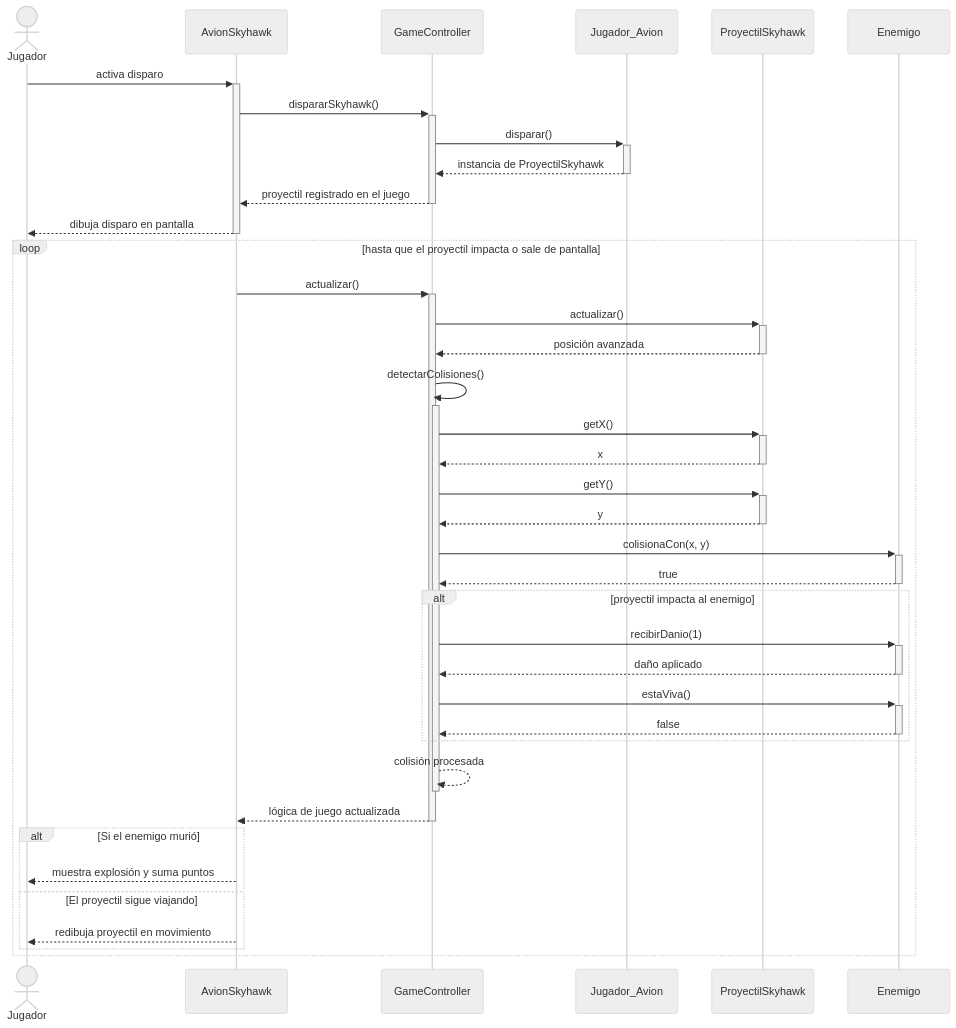
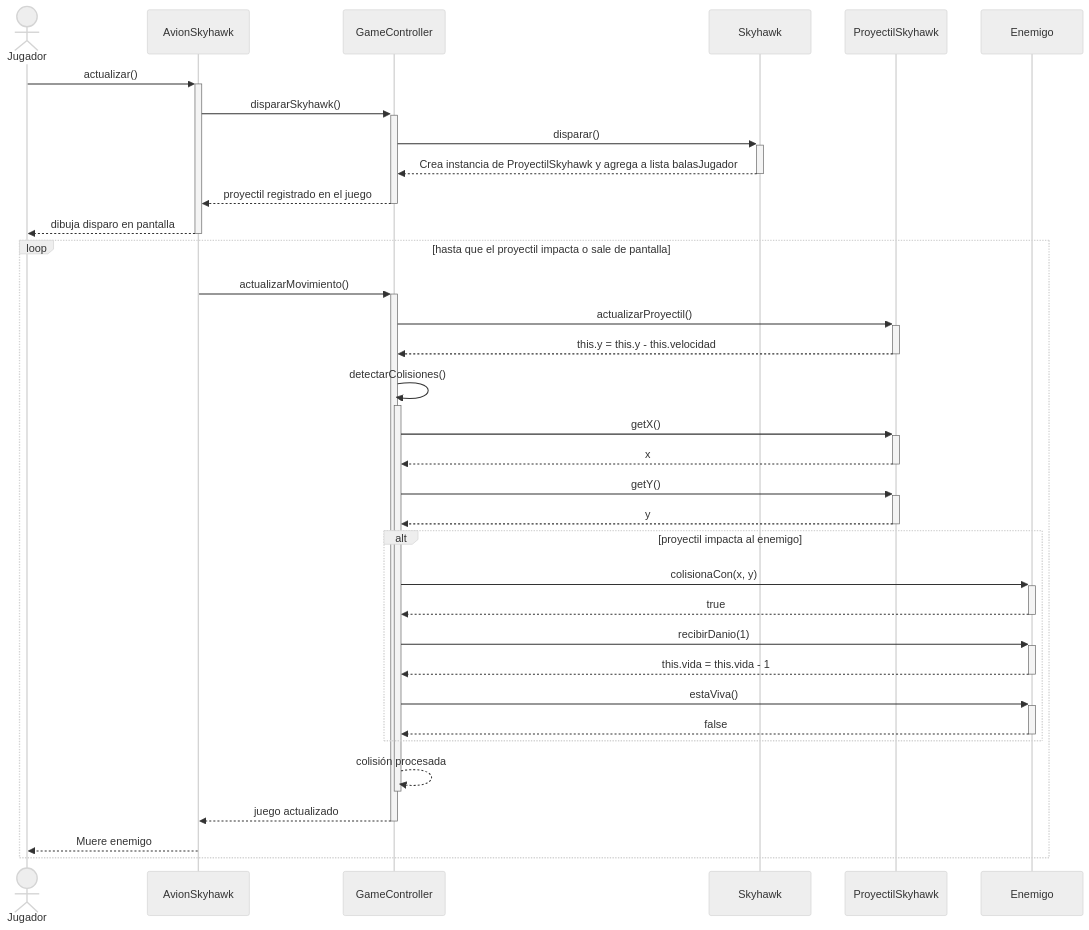
The third of 6 diagrams in Diagramas/diagram_Secuencias_Actualizados.md (chiaraarego/Grupo-2---Skyhawk), drawn with Mermaid (neutral theme) before and after one commit. The commit also changed other lines of this file, not shown here.

Commit message:
Actualizar diagramas de secuencia (pausar/reanudar y estadisticas)

````diff
--- a/Diagramas/diagram_Secuencias_Actualizados.md
+++ b/Diagramas/diagram_Secuencias_Actualizados.md
@@ -85,58 +78,54 @@
 ```mermaid
 sequenceDiagram
     actor Jugador
 
     participant AvionSkyhawk
     participant GameController
-    participant Jugador_Avion
+    participant Skyhawk
     participant ProyectilSkyhawk
     participant Enemigo
 
-    Jugador ->> +AvionSkyhawk : activa disparo
+    Jugador ->> +AvionSkyhawk : actualizar()
 
     AvionSkyhawk ->> +GameController : dispararSkyhawk()
 
-    GameController ->> +Jugador_Avion : disparar()
-    Jugador_Avion -->> -GameController : instancia de ProyectilSkyhawk
+    GameController ->> +Skyhawk : disparar()
+    Skyhawk -->> -GameController : Crea instancia de ProyectilSkyhawk y agrega a lista balasJugador
 
     GameController -->> -AvionSkyhawk : proyectil registrado en el juego
 
     AvionSkyhawk -->> -Jugador : dibuja disparo en pantalla
 
     loop hasta que el proyectil impacta o sale de pantalla
-        AvionSkyhawk ->> +GameController : actualizar()
+        AvionSkyhawk ->> +GameController : actualizarMovimiento()
 
-        GameController ->> +ProyectilSkyhawk : actualizar()
-        ProyectilSkyhawk -->> -GameController : posición avanzada
+        GameController ->> +ProyectilSkyhawk : actualizarProyectil()
+        ProyectilSkyhawk -->> -GameController : this.y = this.y - this.velocidad
 
         GameController ->> +GameController : detectarColisiones()
 
         GameController ->> +ProyectilSkyhawk : getX()
         ProyectilSkyhawk -->> -GameController : x
 
         GameController ->> +ProyectilSkyhawk : getY()
         ProyectilSkyhawk -->> -GameController : y
 
+        alt proyectil impacta al enemigo
         GameController ->> +Enemigo : colisionaCon(x, y)
         Enemigo -->> -GameController : true
 
-        alt proyectil impacta al enemigo
             GameController ->> +Enemigo : recibirDanio(1)
-            Enemigo -->> -GameController : daño aplicado
+            Enemigo -->> -GameController : this.vida = this.vida - 1
             
             GameController ->> +Enemigo : estaViva()
             Enemigo -->> -GameController : false
         end
 
         GameController -->> -GameController : colisión procesada
 
-        GameController -->> -AvionSkyhawk : lógica de juego actualizada
+        GameController -->> -AvionSkyhawk : juego actualizado
         
         %% Respuesta visual en cada vuelta del loop para avisar al jugador
-        alt Si el enemigo murió
-            AvionSkyhawk -->> Jugador : muestra explosión y suma puntos
-        else El proyectil sigue viajando
-            AvionSkyhawk -->> Jugador : redibuja proyectil en movimiento
-        end
+            AvionSkyhawk -->> Jugador : Muere enemigo
     end
 ```
````
